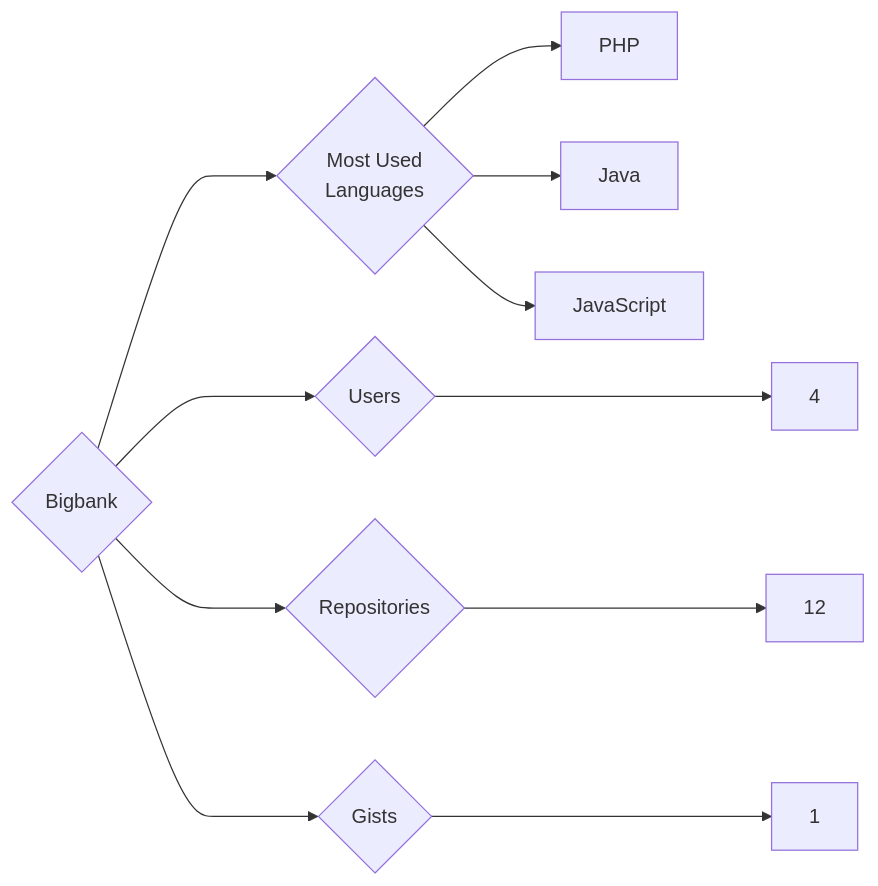
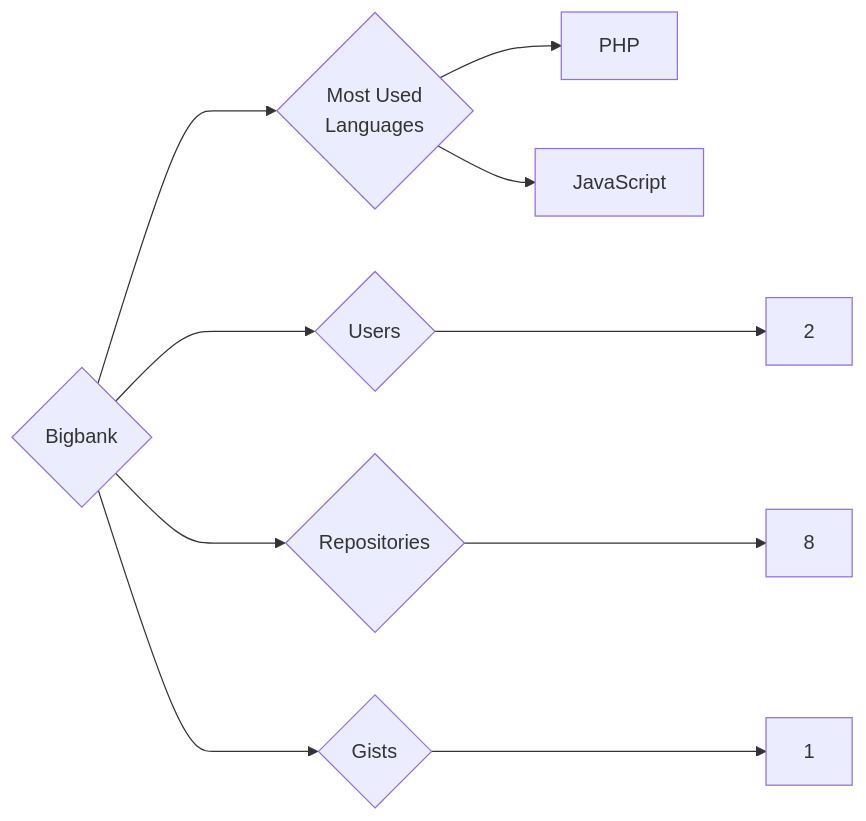
One commit to trickest/insiders changed the diagram in targets/Bigbank/README.md. Above: the diagram before and after it, drawn with Mermaid. The commit also changed 1166 other files, not shown here.

````diff
--- a/targets/Bigbank/README.md
+++ b/targets/Bigbank/README.md
@@ -3,11 +3,10 @@
 ```mermaid
 graph LR
 COMPANY_NAME{Bigbank}
-COMPANY_NAME ---> U{Users} ---> UN[4]
-COMPANY_NAME ---> R{Repositories} ---> RN[12]
+COMPANY_NAME ---> U{Users} ---> UN[2]
+COMPANY_NAME ---> R{Repositories} ---> RN[8]
 COMPANY_NAME ---> G{Gists} ---> GN[1]
 COMPANY_NAME ---> ML{Most Used<br>Languages}
 ML --> PHP[PHP]
-ML --> Java[Java]
 ML --> JavaScript[JavaScript]
 ```
````
